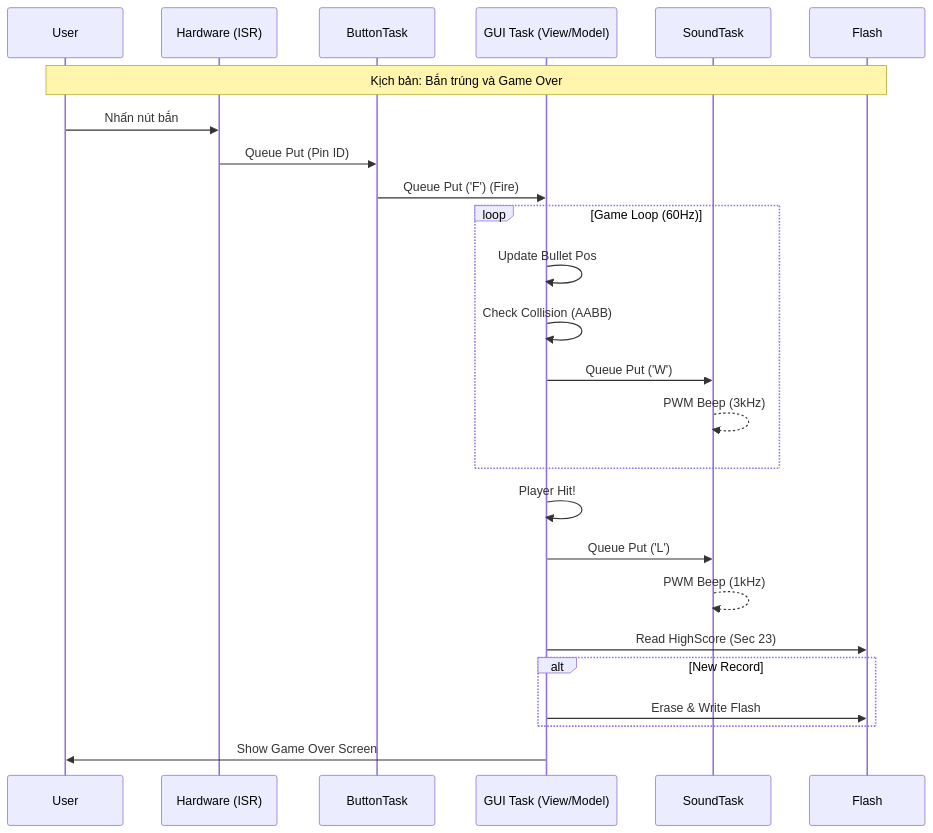
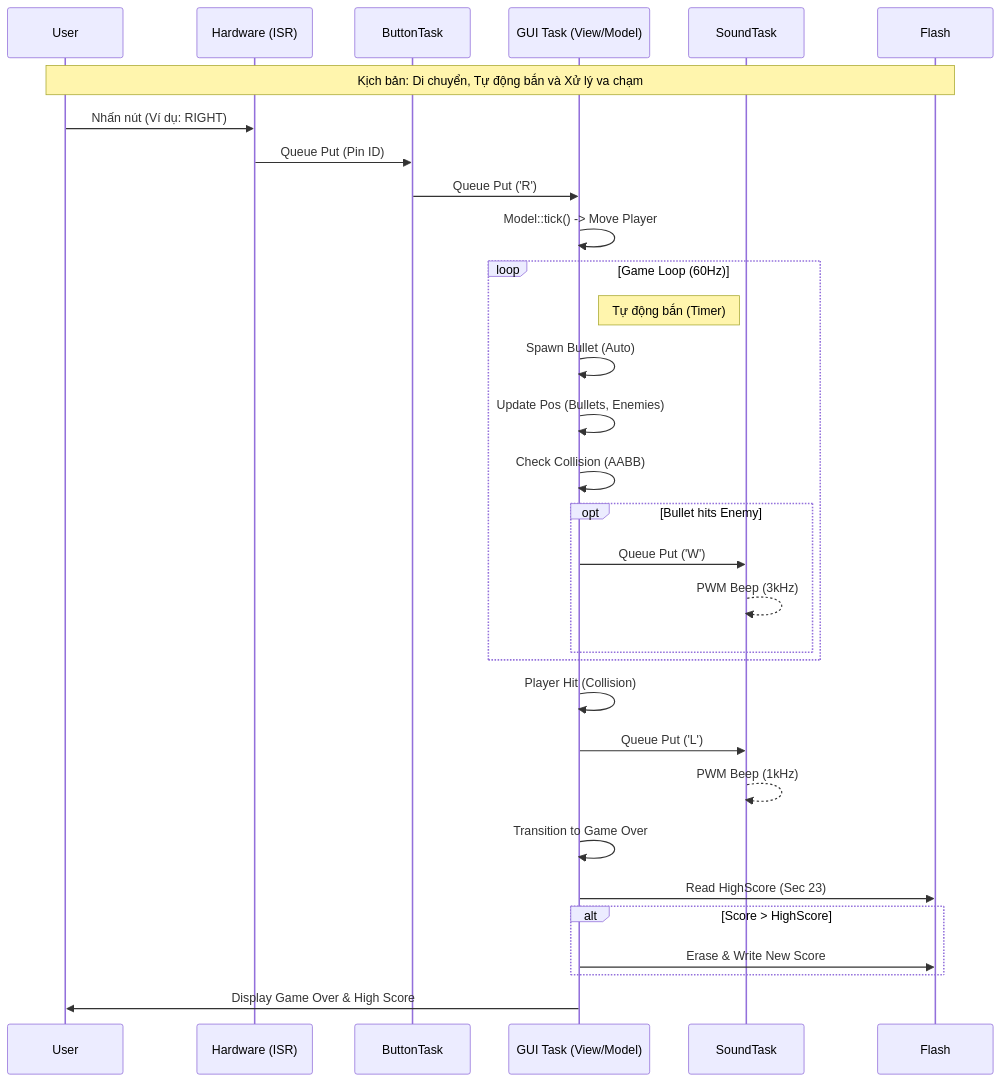
One commit to vmh714/space_invader changed the diagram in README.md. Above: the diagram before and after it, drawn with Mermaid. The commit also changed other lines of this file, not shown here.

Commit message:
Revise GPIO table and game flow notes in README
Updated GPIO pin mapping and game flow descriptions.

````diff
--- a/README.md
+++ b/README.md
@@ -168,31 +168,47 @@
 ``` mermaid
 sequenceDiagram
     participant User
     participant HW_Button as Hardware (ISR)
     participant ButtonTask
     participant GUI_Task as GUI Task (View/Model)
     participant SoundTask
     participant Flash
 
-    Note over User, Flash: Kịch bản: Bắn trúng và Game Over
-    User->>HW_Button: Nhấn nút bắn
+    Note over User, Flash: Kịch bản: Di chuyển, Tự động bắn và Xử lý va chạm
+
+    %% 1. Luồng Di chuyển (Input Flow)
+    User->>HW_Button: Nhấn nút (Ví dụ: RIGHT)
     HW_Button->>ButtonTask: Queue Put (Pin ID)
-    ButtonTask->>GUI_Task: Queue Put ('F') (Fire)
-    
+    ButtonTask->>GUI_Task: Queue Put ('R')
+    GUI_Task->>GUI_Task: Model::tick() -> Move Player
+
+    %% 2. Vòng lặp Game (Game Loop) - Auto Fire & Physics
     loop Game Loop (60Hz)
-        GUI_Task->>GUI_Task: Update Bullet Pos
+        Note right of GUI_Task: Tự động bắn (Timer)
+        GUI_Task->>GUI_Task: Spawn Bullet (Auto)
+        
+        GUI_Task->>GUI_Task: Update Pos (Bullets, Enemies)
+        
+        %% Xử lý va chạm (Collision)
         GUI_Task->>GUI_Task: Check Collision (AABB)
-        GUI_Task->>SoundTask: Queue Put ('W')
-        SoundTask-->>SoundTask: PWM Beep (3kHz)
+        
+        opt Bullet hits Enemy
+            GUI_Task->>SoundTask: Queue Put ('W')
+            SoundTask-->>SoundTask: PWM Beep (3kHz)
+        end
     end
 
-    GUI_Task->>GUI_Task: Player Hit!
+    %% 3. Luồng Game Over (Game Over Flow)
+    GUI_Task->>GUI_Task: Player Hit (Collision)
     GUI_Task->>SoundTask: Queue Put ('L')
     SoundTask-->>SoundTask: PWM Beep (1kHz)
     
+    GUI_Task->>GUI_Task: Transition to Game Over
     GUI_Task->>Flash: Read HighScore (Sec 23)
-    alt New Record
-        GUI_Task->>Flash: Erase & Write Flash
+    
+    alt Score > HighScore
+        GUI_Task->>Flash: Erase & Write New Score
     end
-    GUI_Task->>User: Show Game Over Screen
+    
+    GUI_Task->>User: Display Game Over & High Score
 ```
````
